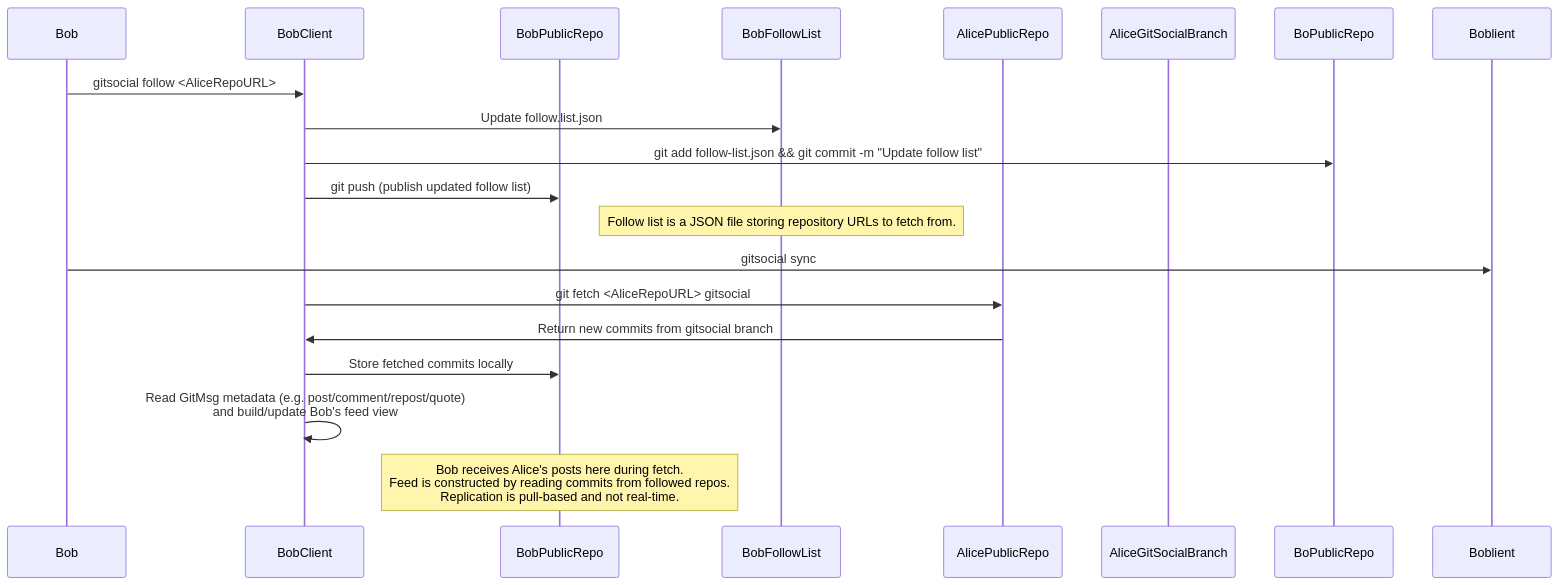
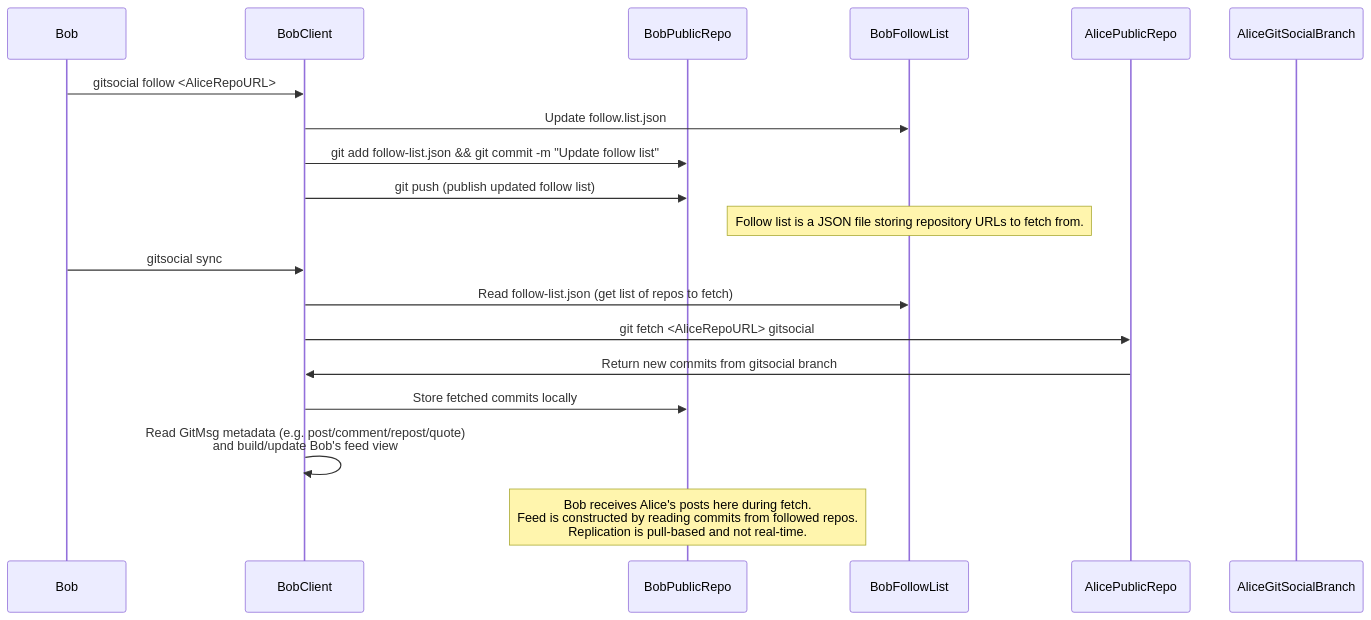
One commit to gargster/ELEC4712_Decentralised_Blog changed the tenth of 10 diagrams in alternatives.md. Above: the diagram before and after it, drawn with Mermaid.

Commit message:
Fixed issues in follow/replication diagram

````diff
--- a/alternatives.md
+++ b/alternatives.md
@@ -194,25 +194,26 @@
 ```mermaid
 sequenceDiagram
     participant Bob
     participant BobClient as BobClient
     participant BobPublicRepo as BobPublicRepo
     participant BobFollowList as BobFollowList
     participant AlicePublicRepo as AlicePublicRepo
     participant AliceGitSocialBranch as AliceGitSocialBranch
 
     Bob->>BobClient: gitsocial follow <AliceRepoURL>
     BobClient->>BobFollowList: Update follow.list.json 
-    BobClient->>BoPublicRepo: git add follow-list.json && git commit -m "Update follow list"
+    BobClient->>BobPublicRepo: git add follow-list.json && git commit -m "Update follow list"
     BobClient->>BobPublicRepo: git push (publish updated follow list)
 
     Note over BobFollowList: Follow list is a JSON file storing repository URLs to fetch from.
 
-    Bob->>Boblient: gitsocial sync
+    Bob->>BobClient: gitsocial sync
+    BobClient->>BobFollowList: Read follow-list.json (get list of repos to fetch)
     BobClient->>AlicePublicRepo: git fetch <AliceRepoURL> gitsocial
     AlicePublicRepo->>BobClient: Return new commits from gitsocial branch
 
     BobClient->>BobPublicRepo: Store fetched commits locally
     BobClient->>BobClient: Read GitMsg metadata (e.g. post/comment/repost/quote)<br>and build/update Bob's feed view
 
     Note over BobPublicRepo: Bob receives Alice's posts here during fetch.<br>Feed is constructed by reading commits from followed repos.<br>Replication is pull-based and not real-time.
 ```
````
